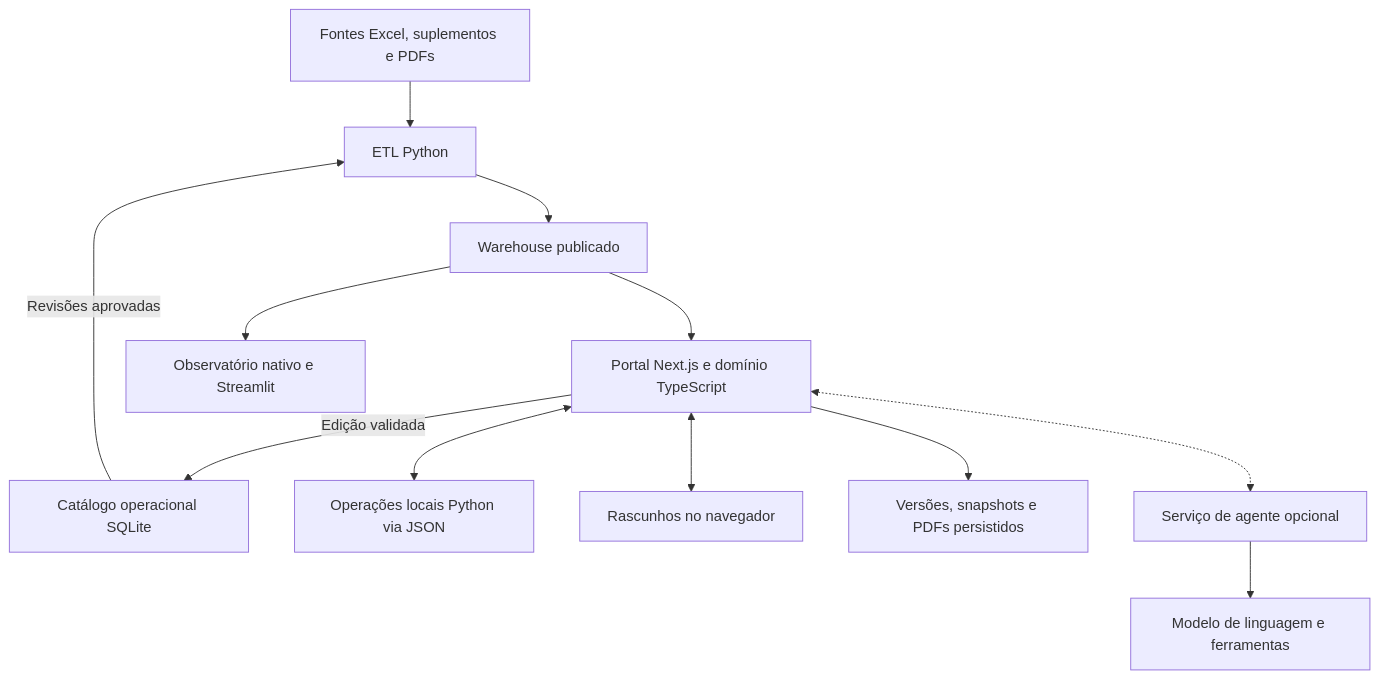
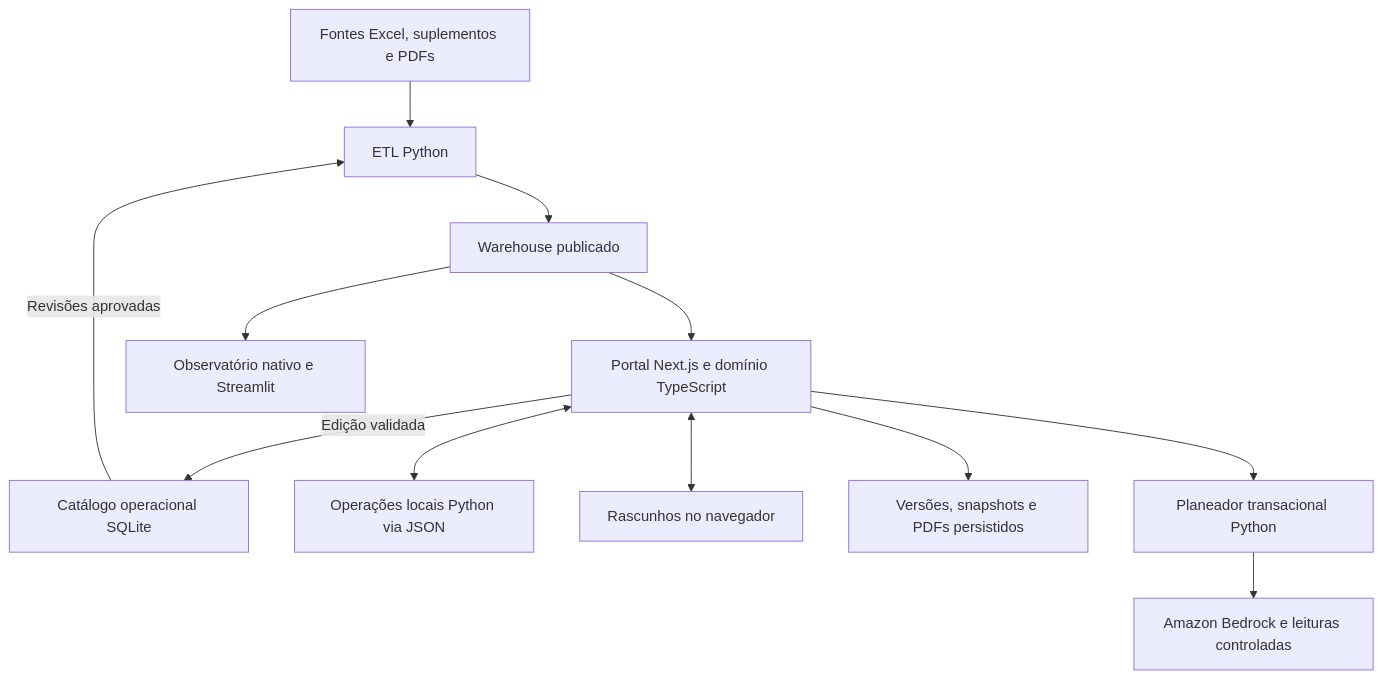
One commit to iseg-pg-ai/gpaimlp_5ed_grupo4 changed the second of 4 diagrams in docs/APRESENTACAO.md. Above: the diagram before and after it, drawn with Mermaid. The commit also changed other lines of this file and 39 other files, not shown here.

````diff
--- a/docs/APRESENTACAO.md
+++ b/docs/APRESENTACAO.md
@@ -90,14 +90,14 @@
 ```mermaid
 flowchart TB
     F[Fontes Excel, suplementos e PDFs] --> E[ETL Python]
     C[Catálogo operacional SQLite] -->|Revisões aprovadas| E
     E --> W[Warehouse publicado]
     W --> P[Portal Next.js e domínio TypeScript]
     W --> O[Observatório nativo e Streamlit]
     P -->|Edição validada| C
     P <--> PY[Operações locais Python via JSON]
     P <--> R[Rascunhos no navegador]
     P --> V[Versões, snapshots e PDFs persistidos]
-    P <-.-> AG[Serviço de agente opcional]
-    AG --> M[Modelo de linguagem e ferramentas]
+    P --> AG[Planeador transacional Python]
+    AG --> M[Amazon Bedrock e leituras controladas]
 ```
````
